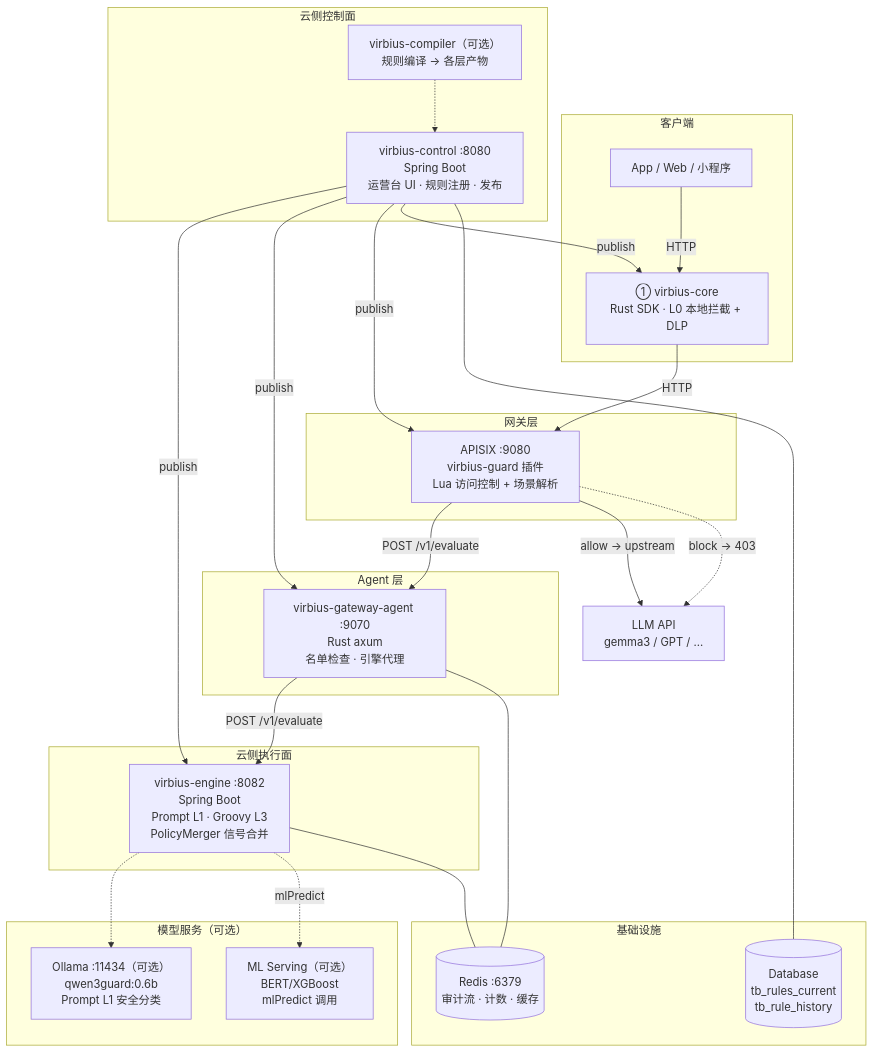
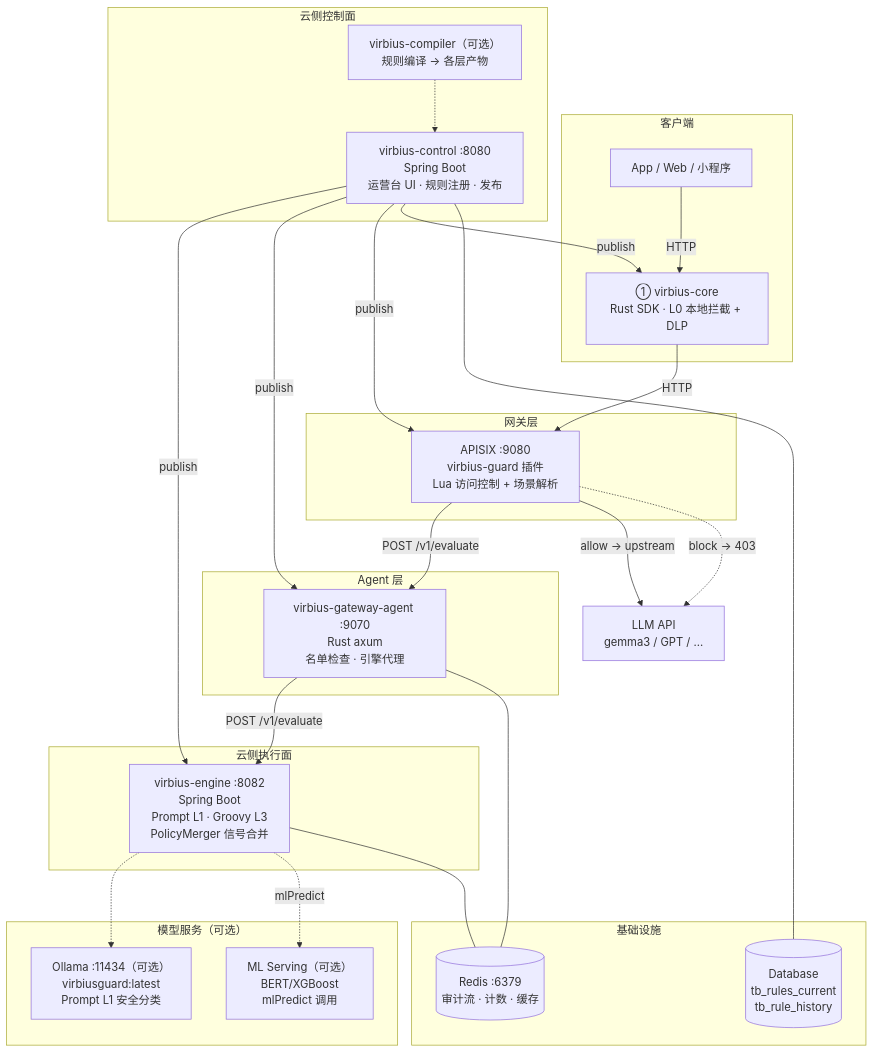
The second of 2 diagrams in README.zh.md (i1see1you/VirbiusLLM), drawn with Mermaid before and after one commit. The commit also changed other lines of this file and 45 other files, not shown here.

````diff
--- a/README.zh.md
+++ b/README.zh.md
@@ -560,49 +560,49 @@
 ```mermaid
 flowchart TB
     subgraph Client["客户端"]
         APP["App / Web / 小程序"]
         EDGE["① virbius-core<br/>Rust SDK · L0 本地拦截 + DLP"]
     end
 
     subgraph Gateway["网关层"]
         APISIX["APISIX :9080<br/>virbius-guard 插件<br/>Lua 访问控制 + 场景解析"]
     end
 
     subgraph Agent["Agent 层"]
         AGENT["virbius-gateway-agent :9070<br/>Rust axum<br/>名单检查 · 引擎代理"]
     end
 
     subgraph Engine["云侧执行面"]
         ENGINE["virbius-engine :8082<br/>Spring Boot<br/>Prompt L1 · Groovy L3<br/>PolicyMerger 信号合并"]
     end
 
     subgraph Control["云侧控制面"]
         CONTROL["virbius-control :8080<br/>Spring Boot<br/>运营台 UI · 规则注册 · 发布"]
         COMPILER["virbius-compiler（可选）<br/>规则编译 → 各层产物"]
     end
 
     subgraph Models["模型服务（可选）"]
-        OLLAMA["Ollama :11434（可选）<br/>qwen3guard:0.6b<br/>Prompt L1 安全分类"]
+        OLLAMA["Ollama :11434（可选）<br/>virbiusguard:latest<br/>Prompt L1 安全分类"]
         ML["ML Serving（可选）<br/>BERT/XGBoost<br/>mlPredict 调用"]
     end
 
     subgraph Infra["基础设施"]
         REDIS[("Redis :6379<br/>审计流 · 计数 · 缓存")]
         DB[("Database<br/>tb_rules_current<br/>tb_rule_history")]
     end
 
     APP -->|"HTTP"| EDGE -->|"HTTP"| APISIX
     APISIX -->|"POST /v1/evaluate"| AGENT -->|"POST /v1/evaluate"| ENGINE
     ENGINE -.-> OLLAMA
     ENGINE -.->|"mlPredict"| ML
     APISIX -->|"allow → upstream"| LLM["LLM API<br/>gemma3 / GPT / ..."]
     APISIX -.->|"block → 403"| LLM
     CONTROL -->|"publish"| ENGINE
     CONTROL -->|"publish"| AGENT
     CONTROL -->|"publish"| APISIX
     CONTROL -->|"publish"| EDGE
     COMPILER -.-> CONTROL
     CONTROL --- DB
     AGENT --- REDIS
     ENGINE --- REDIS
 ```
````
